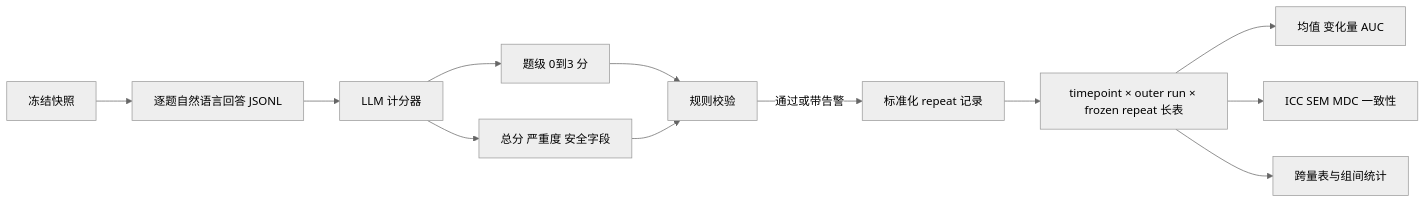
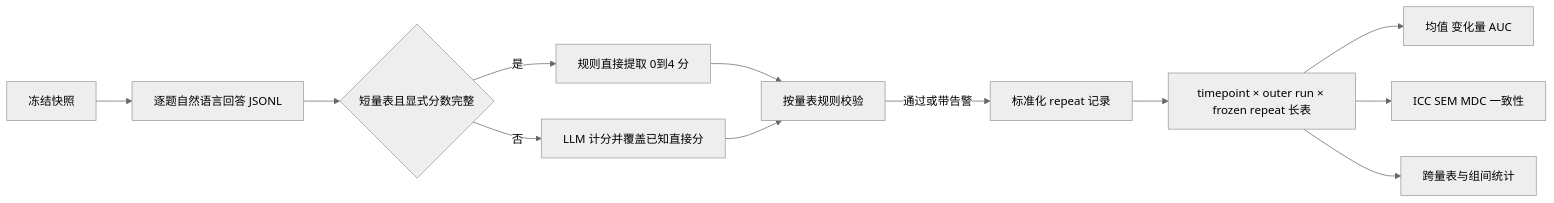
One commit to MUSE-Lab-SZU/generative_agents changed the third of 4 diagrams in docs/town_method/04_evaluation.md. Above: the diagram before and after it, drawn with Mermaid (neutral theme). The commit also changed other lines of this file and 77 other files, not shown here.

````diff
--- a/docs/town_method/04_evaluation.md
+++ b/docs/town_method/04_evaluation.md
@@ -124,14 +139,14 @@
 ```mermaid
 flowchart LR
     A[冻结快照] --> B[逐题自然语言回答 JSONL]
-    B --> C[LLM 计分器]
-    C --> D[题级 0到3 分]
-    C --> E[总分 严重度 安全字段]
-    D --> F[规则校验]
+    B --> C{短量表且显式分数完整}
+    C -->|是| D[规则直接提取 0到4 分]
+    C -->|否| E[LLM 计分并覆盖已知直接分]
+    D --> F[按量表规则校验]
     E --> F
     F -->|通过或带告警| G[标准化 repeat 记录]
     G --> H[timepoint × outer run × frozen repeat 长表]
     H --> I[均值 变化量 AUC]
     H --> J[ICC SEM MDC 一致性]
     H --> K[跨量表与组间统计]
 ```
````
